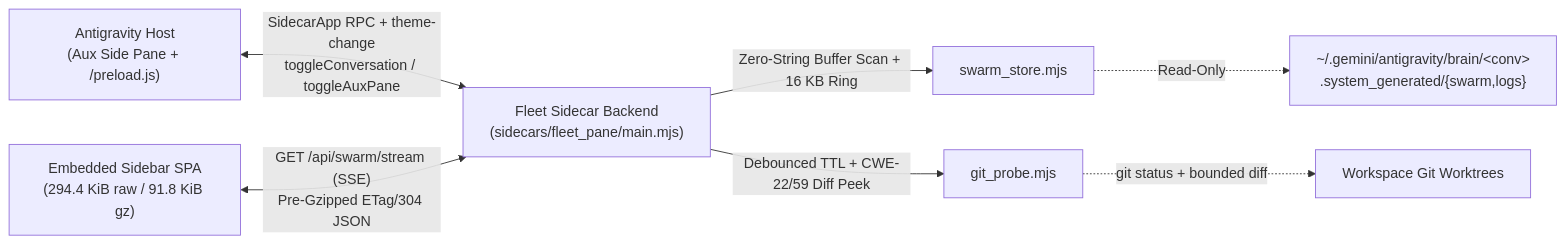
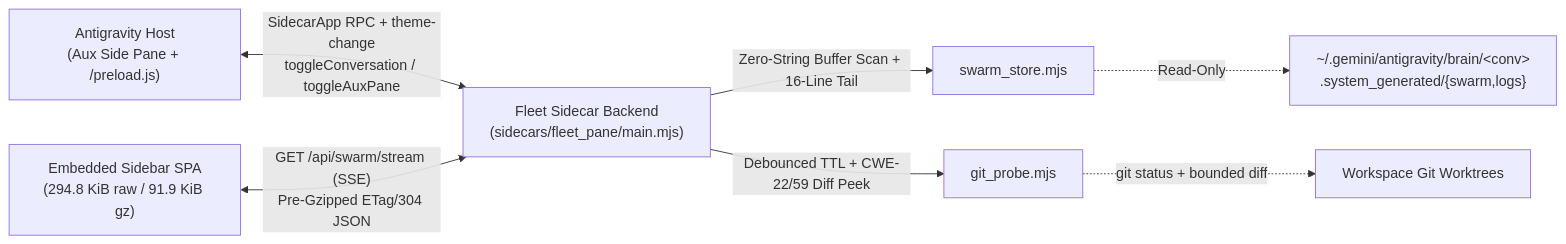
Before and after one commit to cayleb-james2008/dsh-fleet: the diagram in README.md, drawn with Mermaid. The commit also changed other lines of this file and 32 other files, not shown here.

````diff
--- a/README.md
+++ b/README.md
@@ -84,9 +82,9 @@
 ```mermaid
 flowchart LR
     Host["Antigravity Host<br/>(Aux Side Pane + /preload.js)"] <-->|"SidecarApp RPC + theme-change<br/>toggleConversation / toggleAuxPane"| Backend["Fleet Sidecar Backend<br/>(sidecars/fleet_pane/main.mjs)"]
-    UI["Embedded Sidebar SPA<br/>(294.4 KiB raw / 91.8 KiB gz)"] <-->|"GET /api/swarm/stream (SSE)<br/>Pre-Gzipped ETag/304 JSON"| Backend
-    Backend -->|"Zero-String Buffer Scan + 16 KB Ring"| Store["swarm_store.mjs"]
+    UI["Embedded Sidebar SPA<br/>(294.8 KiB raw / 91.9 KiB gz)"] <-->|"GET /api/swarm/stream (SSE)<br/>Pre-Gzipped ETag/304 JSON"| Backend
+    Backend -->|"Zero-String Buffer Scan + 16-Line Tail"| Store["swarm_store.mjs"]
     Backend -->|"Debounced TTL + CWE-22/59 Diff Peek"| Git["git_probe.mjs"]
     Store -.->|"Read-Only"| Brain["~/.gemini/antigravity/brain/&lt;conv&gt;<br/>.system_generated/{swarm,logs}"]
     Git -.->|"git status + bounded diff"| WT["Workspace Git Worktrees"]
 ```
````
